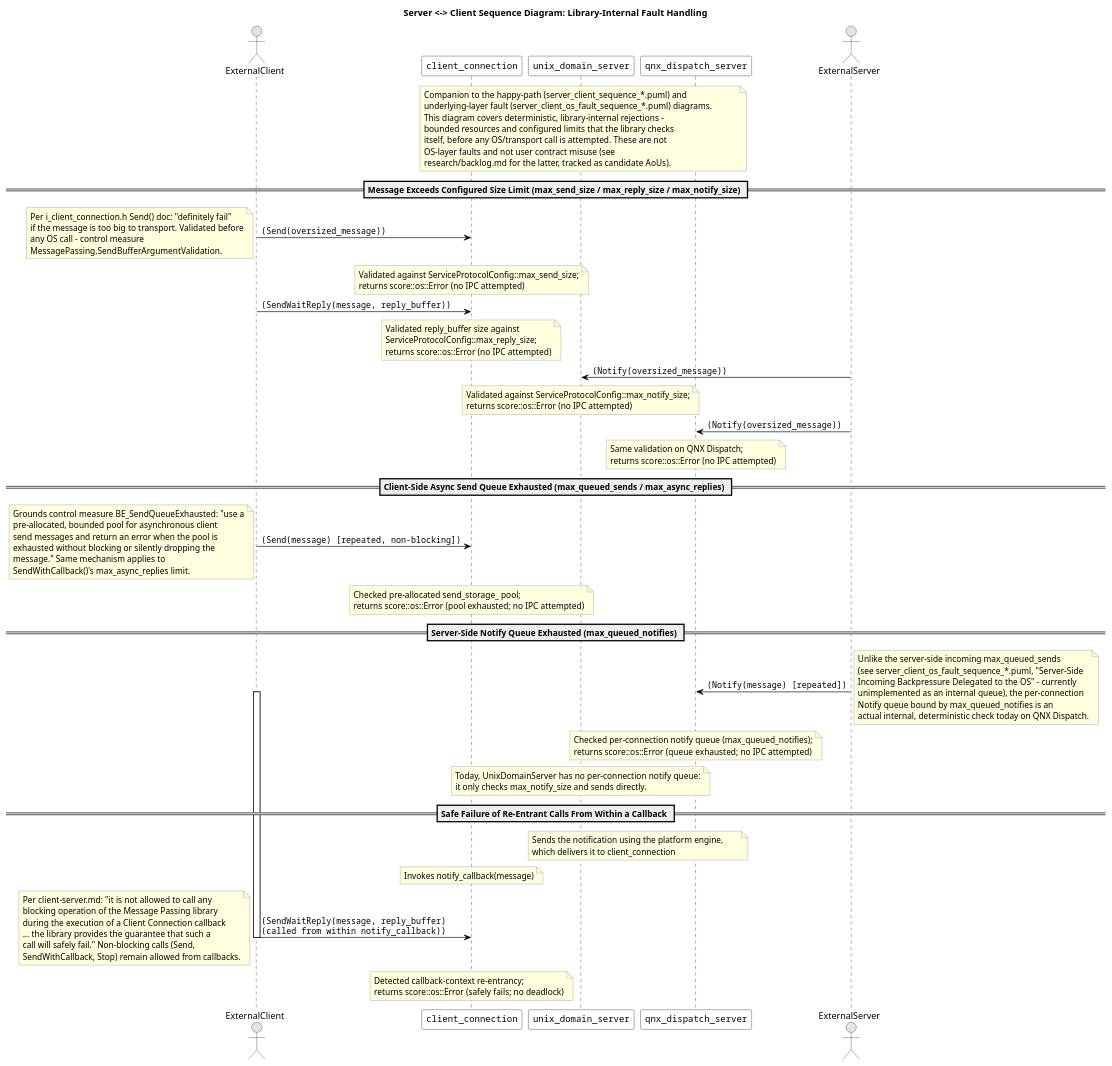
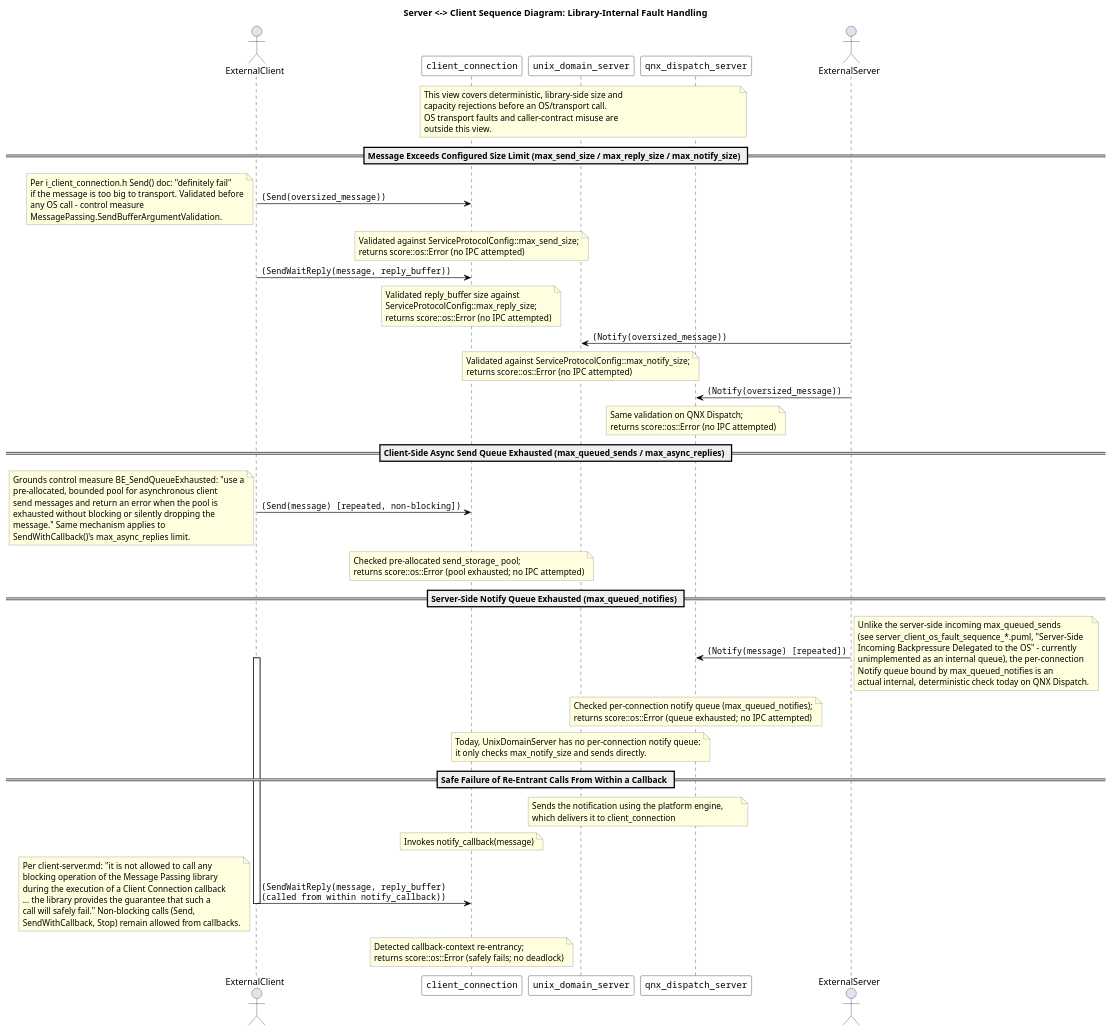
The diagram in score/message_passing/dependability/software_architectural_design/server_client_internal_fault_sequence.puml (eclipse-score/communication), drawn with PlantUML before and after one commit. The commit also changed 35 other files, not shown here.

Commit message:
message_passing: add QnxDispatchEngine unit design

```diff
--- a/score/message_passing/dependability/software_architectural_design/server_client_internal_fault_sequence.puml
+++ b/score/message_passing/dependability/software_architectural_design/server_client_internal_fault_sequence.puml
@@ -14,77 +14,77 @@
 @startuml
 
 <style>
 .OS {
     LineThickness 5.0
 }
 </style>
 
 skinparam sequenceArrowColor Black
 skinparam sequenceParticipantBackgroundColor White
 skinparam sequenceParticipantBorderColor Black
 skinparam sequenceLifeLineBorderColor Black
 skinparam sequenceGroupBorderColor DarkGray
 skinparam sequenceGroupBodyBackgroundColor #FAFAFA
 skinparam NoteBackgroundColor LightYellow
 skinparam NoteBorderColor Gray
 skinparam NoteTextAlignment left
 skinparam ParticipantFontName Courier
 skinparam sequenceFontName Courier
 skinparam ArrowFontName Courier
 
 title Server <-> Client Sequence Diagram: Library-Internal Fault Handling
 
 actor ExternalClient
 participant client_connection
 participant unix_domain_server
 participant qnx_dispatch_server
 actor ExternalServer
 
-note over client_connection, qnx_dispatch_server : Companion to the happy-path (server_client_sequence_*.puml) and\nunderlying-layer fault (server_client_os_fault_sequence_*.puml) diagrams.\nThis diagram covers deterministic, library-internal rejections -\nbounded resources and configured limits that the library checks\nitself, before any OS/transport call is attempted. These are not\nOS-layer faults and not user contract misuse (see\nresearch/backlog.md for the latter, tracked as candidate AoUs).
+note over client_connection, qnx_dispatch_server : This view covers deterministic, library-side size and\ncapacity rejections before an OS/transport call.\nOS transport faults and caller-contract misuse are\noutside this view.
 
 ' -----------------------------------------------------------------
 == Message Exceeds Configured Size Limit (max_send_size / max_reply_size / max_notify_size) ==
 ' -----------------------------------------------------------------
 
 ExternalClient -> client_connection : (Send(oversized_message))
 note over client_connection : Validated against ServiceProtocolConfig::max_send_size;\nreturns score::os::Error (no IPC attempted)
 note left : Per i_client_connection.h Send() doc: "definitely fail"\nif the message is too big to transport. Validated before\nany OS call - control measure\nMessagePassing.SendBufferArgumentValidation.
 
 ExternalClient -> client_connection : (SendWaitReply(message, reply_buffer))
 note over client_connection : Validated reply_buffer size against\nServiceProtocolConfig::max_reply_size;\nreturns score::os::Error (no IPC attempted)
 
 ExternalServer -> unix_domain_server : (Notify(oversized_message))
 note over unix_domain_server : Validated against ServiceProtocolConfig::max_notify_size;\nreturns score::os::Error (no IPC attempted)
 ExternalServer -> qnx_dispatch_server : (Notify(oversized_message))
 note over qnx_dispatch_server : Same validation on QNX Dispatch;\nreturns score::os::Error (no IPC attempted)
 
 ' -----------------------------------------------------------------
 == Client-Side Async Send Queue Exhausted (max_queued_sends / max_async_replies) ==
 ' -----------------------------------------------------------------
 
 ExternalClient -> client_connection : (Send(message) [repeated, non-blocking])
 note over client_connection : Checked pre-allocated send_storage_ pool;\nreturns score::os::Error (pool exhausted; no IPC attempted)
 note left : Grounds control measure BE_SendQueueExhausted: "use a\npre-allocated, bounded pool for asynchronous client\nsend messages and return an error when the pool is\nexhausted without blocking or silently dropping the\nmessage." Same mechanism applies to\nSendWithCallback()'s max_async_replies limit.
 
 ' -----------------------------------------------------------------
 == Server-Side Notify Queue Exhausted (max_queued_notifies) ==
 ' -----------------------------------------------------------------
 
 ExternalServer -> qnx_dispatch_server : (Notify(message) [repeated])
 note over qnx_dispatch_server : Checked per-connection notify queue (max_queued_notifies);\nreturns score::os::Error (queue exhausted; no IPC attempted)
 note over unix_domain_server : Today, UnixDomainServer has no per-connection notify queue:\nit only checks max_notify_size and sends directly.
 note right : Unlike the server-side incoming max_queued_sends\n(see server_client_os_fault_sequence_*.puml, "Server-Side\nIncoming Backpressure Delegated to the OS" - currently\nunimplemented as an internal queue), the per-connection\nNotify queue bound by max_queued_notifies is an\nactual internal, deterministic check today on QNX Dispatch.
 
 ' -----------------------------------------------------------------
 == Safe Failure of Re-Entrant Calls From Within a Callback ==
 ' -----------------------------------------------------------------
 
 note over unix_domain_server, qnx_dispatch_server : Sends the notification using the platform engine,\nwhich delivers it to client_connection
 note over client_connection : Invokes notify_callback(message)
 activate ExternalClient
 ExternalClient -> client_connection : (SendWaitReply(message, reply_buffer)\n(called from within notify_callback))
 note over client_connection : Detected callback-context re-entrancy;\nreturns score::os::Error (safely fails; no deadlock)
 deactivate ExternalClient
 note left : Per client-server.md: "it is not allowed to call any\nblocking operation of the Message Passing library\nduring the execution of a Client Connection callback\n... the library provides the guarantee that such a\ncall will safely fail." Non-blocking calls (Send,\nSendWithCallback, Stop) remain allowed from callbacks.
 
 @enduml
```
